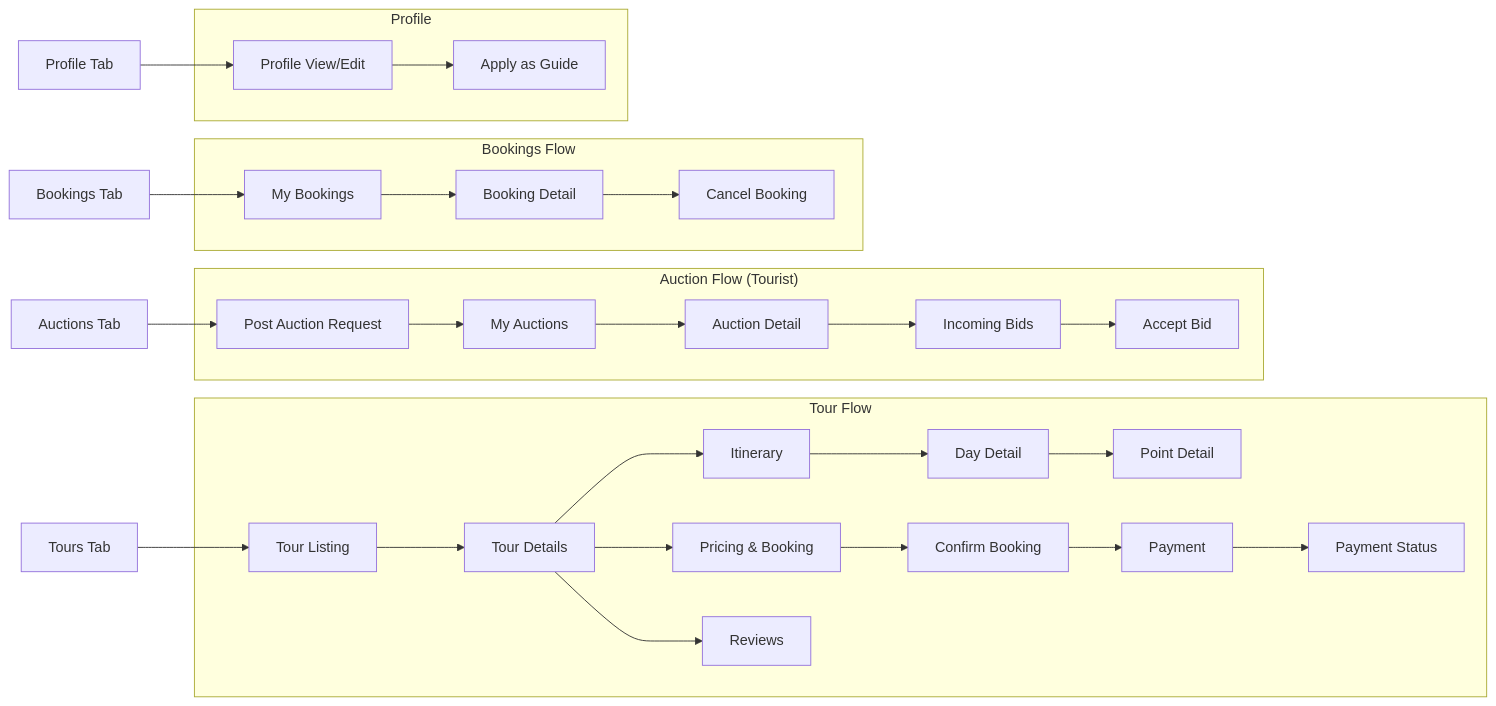
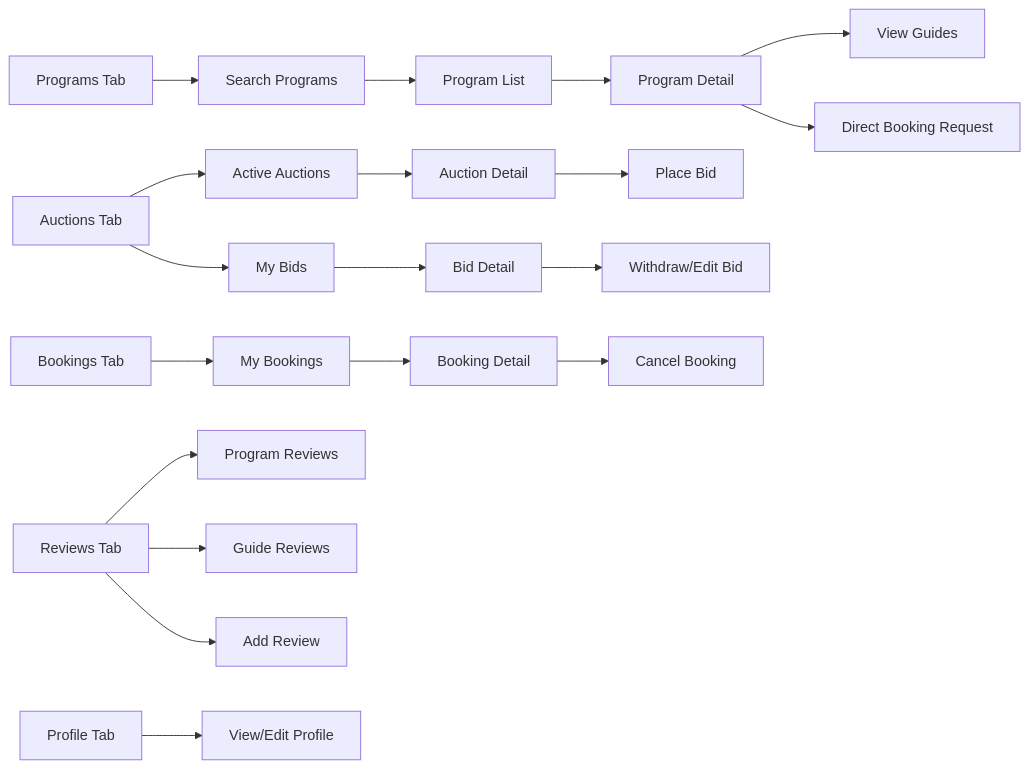
Before and after one commit to vegasLas/trip-back: the first of 9 diagrams in mermaid/tourist.md, drawn with Mermaid. The commit also changed other lines of this file and 12 other files, not shown here.

````diff
--- a/mermaid/tourist.md
+++ b/mermaid/tourist.md
@@ -1,47 +3,37 @@
 ```mermaid
-
 flowchart LR
   %% Top-level tabs
-  ToursTab["Tours Tab"] 
-  AuctionsTab["Auctions Tab"] 
-  BookingsTab["Bookings Tab"] 
+  ProgramsTab["Programs Tab"]
+  AuctionsTab["Auctions Tab"]
+  BookingsTab["Bookings Tab"]
+  ReviewsTab["Reviews Tab"]
   ProfileTab["Profile Tab"]
 
-  %% Tours flow
-  subgraph "Tour Flow"
-    TL["Tour Listing"] --> TD["Tour Details"]
-    TD --> IT["Itinerary"]
-    IT --> DD["Day Detail"]
-    DD --> PD["Point Detail"]
-    TD --> PR["Pricing & Booking"]
-    PR --> CB["Confirm Booking"]
-    CB --> PY["Payment"]
-    PY --> PS["Payment Status"]
-    TD --> RS["Reviews"]
-  end
+  %% Program Browse & Details
+  ProgramsTab --> Search["Search Programs"]
+  Search --> ProgramList["Program List"]
+  ProgramList --> ProgramDetail["Program Detail"]
+  ProgramDetail --> GuidesList["View Guides"]
+  ProgramDetail --> DirectBooking["Direct Booking Request"]
 
-  %% Auction flow (tourist)
-  subgraph "Auction Flow (Tourist)"
-    AR["Post Auction Request"] --> MA["My Auctions"]
-    MA --> AD["Auction Detail"]
-    AD --> BI["Incoming Bids"]
-    BI --> AB["Accept Bid"]
-  end
+  %% Auctions
+  AuctionsTab --> ActiveAuctions["Active Auctions"]
+  ActiveAuctions --> AuctionDetail["Auction Detail"]
+  AuctionDetail --> PlaceBid["Place Bid"]
+  AuctionsTab --> MyBids["My Bids"]
+  MyBids --> BidDetail["Bid Detail"]
+  BidDetail --> EditBid["Withdraw/Edit Bid"]
 
-  %% Bookings flow
-  subgraph "Bookings Flow"
-    MB["My Bookings"] --> BD["Booking Detail"]
-    BD --> CB2["Cancel Booking"]
-  end
+  %% Bookings
+  BookingsTab --> MyBookings["My Bookings"]
+  MyBookings --> BookingDetail["Booking Detail"]
+  BookingDetail --> CancelBooking["Cancel Booking"]
 
-  %% Profile flow
-  subgraph "Profile"
-    PF["Profile View/Edit"] --> AG["Apply as Guide"]
-  end
+  %% Reviews
+  ReviewsTab --> ProgramReviews["Program Reviews"]
+  ReviewsTab --> GuideReviews["Guide Reviews"]
+  ReviewsTab --> AddReview["Add Review"]
 
-  %% Tab → entry points
-  ToursTab --> TL
-  AuctionsTab --> AR
-  BookingsTab --> MB
-  ProfileTab --> PF
-  ```
+  %% Profile
+  ProfileTab --> ViewEditProfile["View/Edit Profile"]
+```
````
